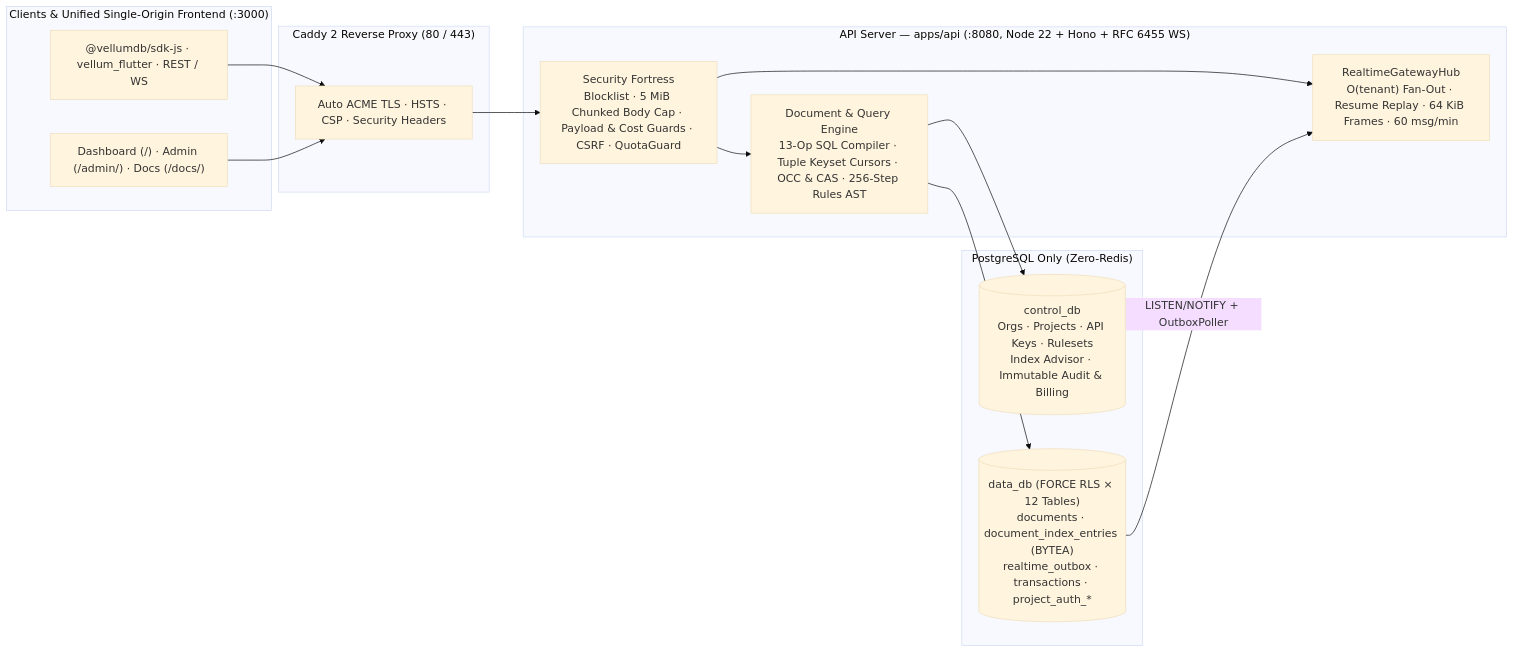
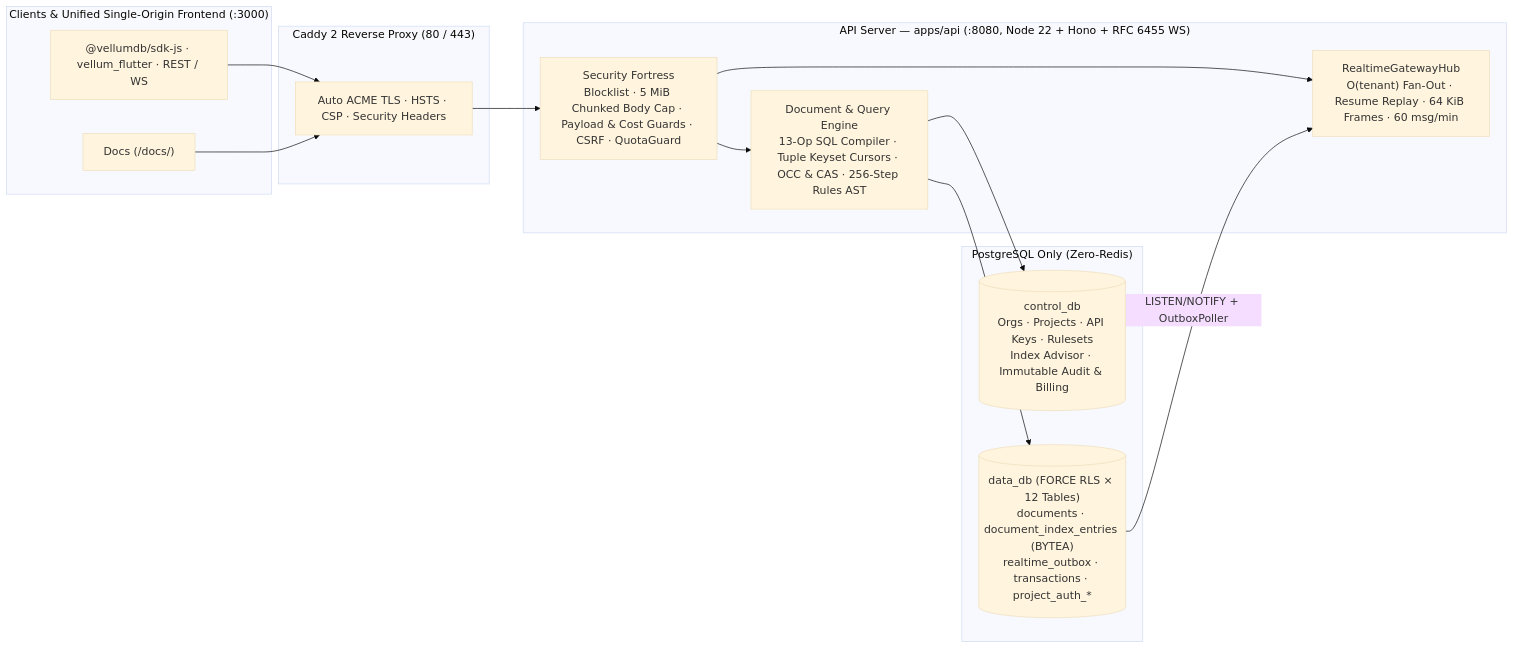
One commit to MohammedAydan/vellum changed the diagram in README.md. Above: the diagram before and after it, drawn with Mermaid (base theme). The commit also changed other lines of this file, not shown here.

Commit message:
docs(readme): remove console and admin references

````diff
--- a/README.md
+++ b/README.md
@@ -33,30 +33,30 @@
 ```mermaid
 flowchart LR
     subgraph Clients["Clients & Unified Single-Origin Frontend (:3000)"]
         SDK["@vellumdb/sdk-js · vellum_flutter · REST / WS"]
-        UI["Dashboard (/) · Admin (/admin/) · Docs (/docs/)"]
+        UI["Docs (/docs/)"]
     end
 
     subgraph Edge["Caddy 2 Reverse Proxy (80 / 443)"]
         TLS["Auto ACME TLS · HSTS · CSP · Security Headers"]
     end
 
     subgraph API["API Server — apps/api (:8080, Node 22 + Hono + RFC 6455 WS)"]
         Guard["Security Fortress<br/>Blocklist · 5 MiB Chunked Body Cap · Payload & Cost Guards · CSRF · QuotaGuard"]
         Core["Document & Query Engine<br/>13-Op SQL Compiler · Tuple Keyset Cursors · OCC & CAS · 256-Step Rules AST"]
         Hub["RealtimeGatewayHub<br/>O(tenant) Fan-Out · Resume Replay · 64 KiB Frames · 60 msg/min"]
     end
 
     subgraph PG["PostgreSQL Only (Zero-Redis)"]
         CP[("control_db<br/>Orgs · Projects · API Keys · Rulesets<br/>Index Advisor · Immutable Audit & Billing")]
         DP[("data_db (FORCE RLS × 12 Tables)<br/>documents · document_index_entries (BYTEA)<br/>realtime_outbox · transactions · project_auth_*")]
     end
 
     SDK --> TLS
     UI --> TLS
     TLS --> Guard --> Core
     Guard --> Hub
     Core --> CP
     Core --> DP
     DP -- "LISTEN/NOTIFY + OutboxPoller" --> Hub
 ```
````
